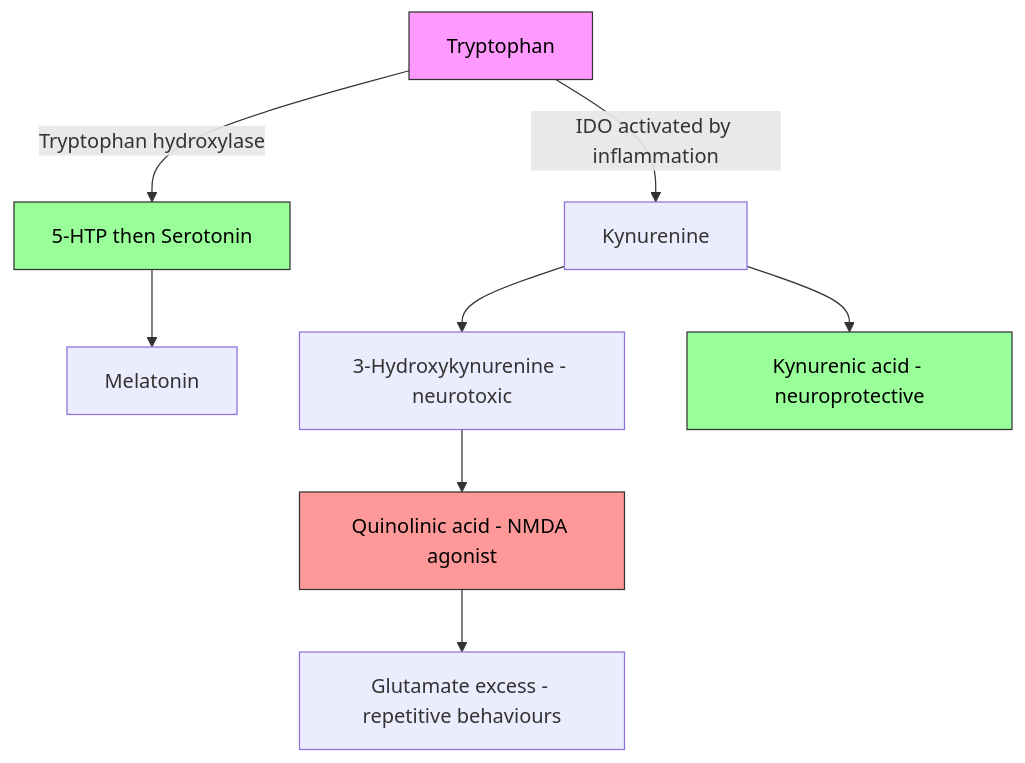
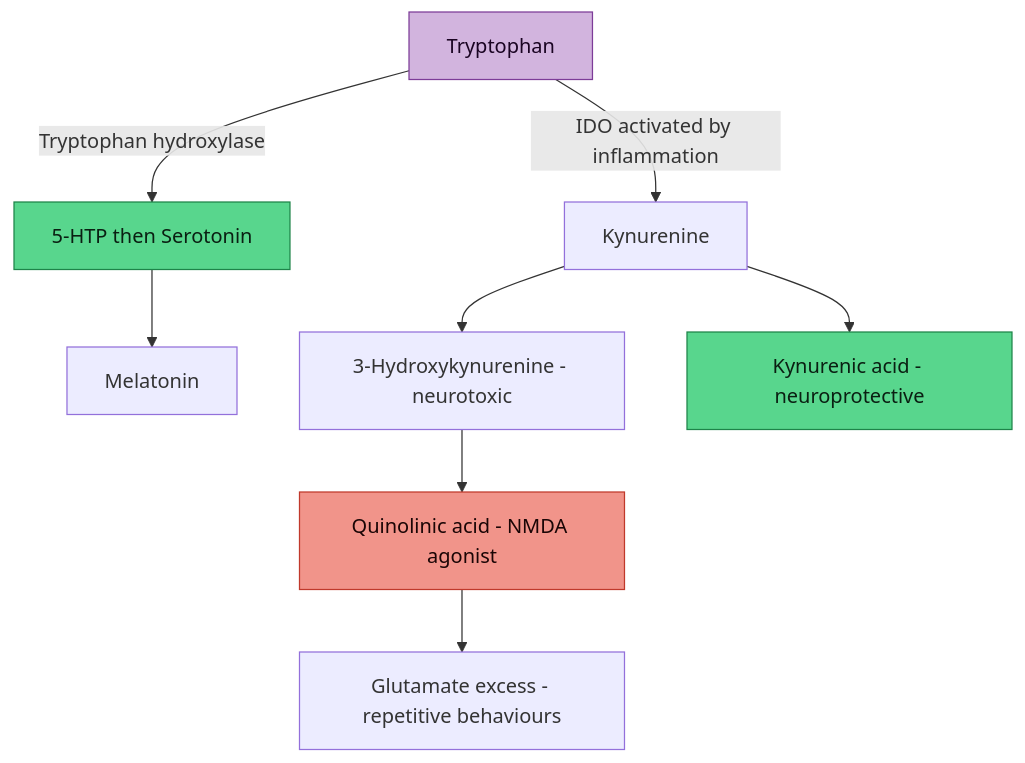
One commit to Aegis-commits/ag-hfe-adhd-asd-research changed the diagram in iron-metabolism/Tryptophan-Kynurenine Pathway.md. Above: the diagram before and after it, drawn with Mermaid. The commit also changed 39 other files, not shown here.

First line of the commit message:
docs(vault): standardise diagram colours for light-mode readability, add MOC quick nav

````diff
--- a/iron-metabolism/Tryptophan-Kynurenine Pathway.md
+++ b/iron-metabolism/Tryptophan-Kynurenine Pathway.md
@@ -35,14 +35,14 @@
 ```mermaid
 flowchart TD
-    classDef source fill:#f9f,stroke:#333,color:#000
-    classDef protect fill:#9f9,stroke:#333,color:#000
-    classDef danger fill:#f99,stroke:#333,color:#000
+    classDef source fill:#d2b4de,stroke:#7d3c98,color:#1a0422
+    classDef protect fill:#58d68d,stroke:#1e8449,color:#0a1f12
+    classDef danger fill:#f1948a,stroke:#c0392b,color:#1a0505
 
     A[Tryptophan]:::source -->|IDO activated by inflammation| B[Kynurenine]
     A -->|Tryptophan hydroxylase| C[5-HTP then Serotonin]:::protect
     C --> D[Melatonin]
     B --> E[3-Hydroxykynurenine - neurotoxic]
     B --> F[Kynurenic acid - neuroprotective]:::protect
     E --> G[Quinolinic acid - NMDA agonist]:::danger
     G --> H[Glutamate excess - repetitive behaviours]
 ```
````
